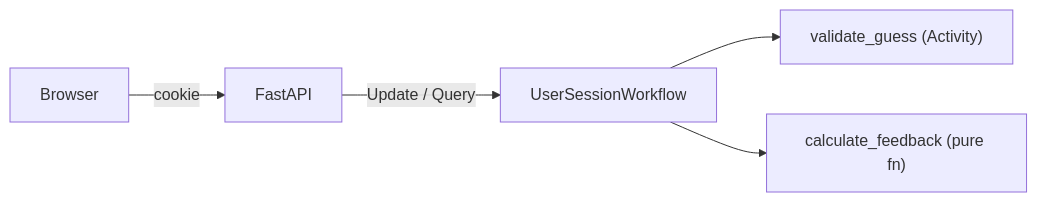
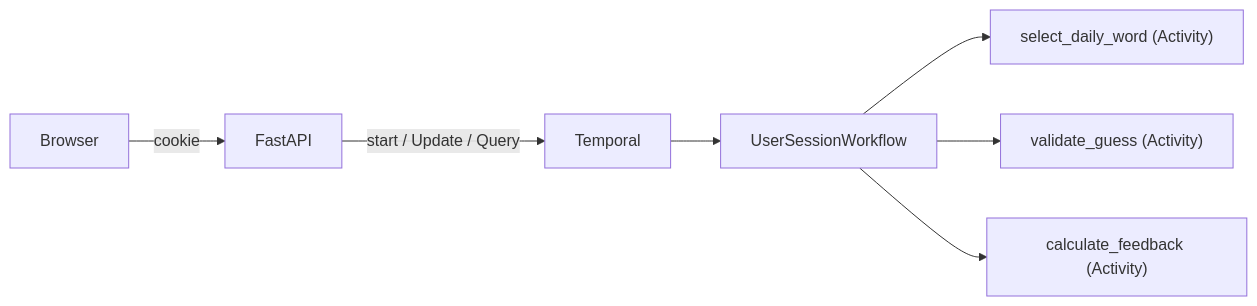
One commit to MasonEgger/durable-wordle changed the diagram in CLAUDE.md. Above: the diagram before and after it, drawn with Mermaid. The commit also changed other lines of this file and 16 other files, not shown here.

First line of the commit message:
Refactor workflow to own all game logic and be playable via Temporal CLI

````diff
--- a/CLAUDE.md
+++ b/CLAUDE.md
@@ -35,7 +37,9 @@
 ```mermaid
 flowchart LR
     Browser -->|cookie| FastAPI
-    FastAPI -->|Update / Query| UserSessionWorkflow
+    FastAPI -->|start / Update / Query| Temporal
+    Temporal --> UserSessionWorkflow
+    UserSessionWorkflow --> select_daily_word["select_daily_word (Activity)"]
     UserSessionWorkflow --> validate_guess["validate_guess (Activity)"]
-    UserSessionWorkflow --> calculate_feedback["calculate_feedback (pure fn)"]
+    UserSessionWorkflow --> calculate_feedback["calculate_feedback (Activity)"]
 ```
````
